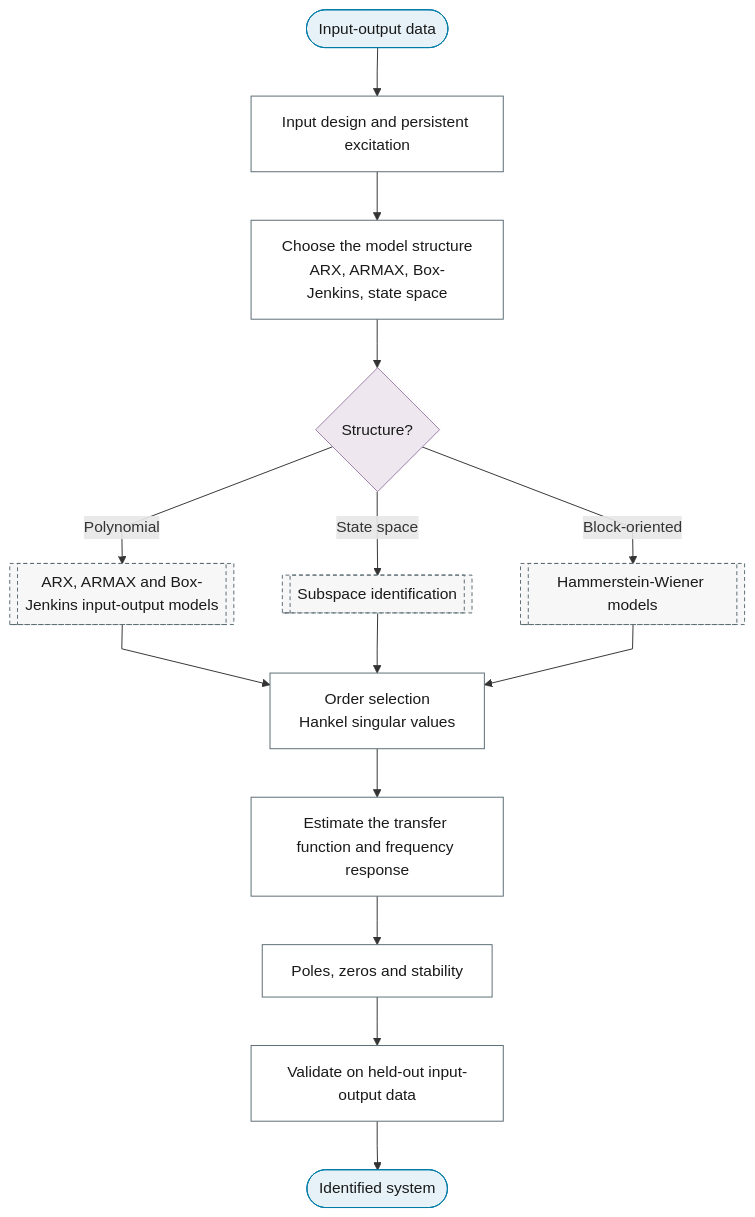
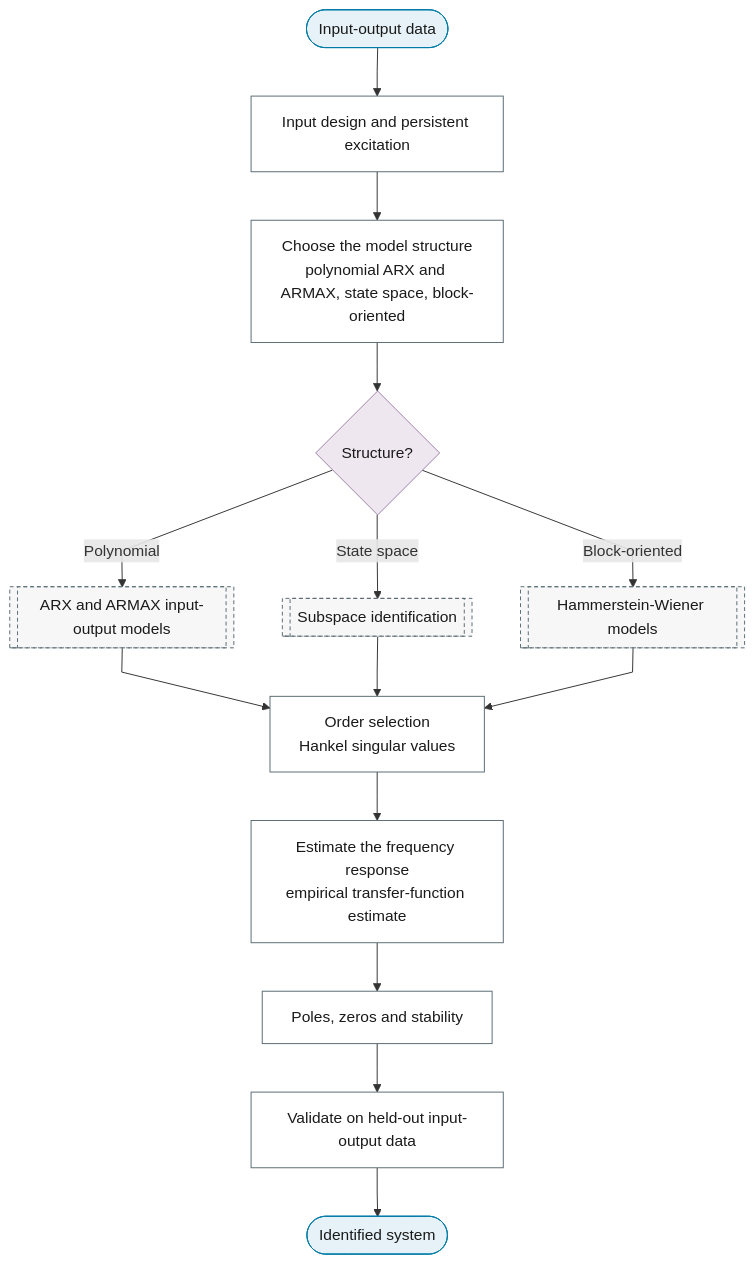
The diagram in docs/01-workflow/p02-purpose/09-system-identification.md (Shuxin-Y/time-series-analysis-manual), drawn with Mermaid before and after one commit. The commit also changed 27 other files, not shown here.

First line of the commit message:
fix(flowchart): one method, one leaf

````diff
--- a/docs/01-workflow/p02-purpose/09-system-identification.md
+++ b/docs/01-workflow/p02-purpose/09-system-identification.md
@@ -7,27 +7,27 @@
 ```mermaid
 %%{init: {"flowchart": {"curve": "linear"}}}%%
 graph TD
     P2_SI_IN(["Input-output data"]) --> P2_SI_EXPERIMENT_DESIGN["Input design and persistent excitation"]
-    P2_SI_EXPERIMENT_DESIGN --> P2_SI_MODEL_STRUCTURE["Choose the model structure<br/>ARX, ARMAX, Box-Jenkins, state space"]
+    P2_SI_EXPERIMENT_DESIGN --> P2_SI_MODEL_STRUCTURE["Choose the model structure<br/>polynomial ARX and ARMAX, state space, block-oriented"]
     P2_SI_MODEL_STRUCTURE --> P2_SI_STRUCTURE_Q{"Structure?"}
-    P2_SI_STRUCTURE_Q -->|"Polynomial"| P6_ARX_ARMAX[["ARX, ARMAX and Box-Jenkins input-output models"]]
+    P2_SI_STRUCTURE_Q -->|"Polynomial"| P6_ARX_ARMAX[["ARX and ARMAX input-output models"]]
     P2_SI_STRUCTURE_Q -->|"State space"| P6_SUBSPACE[["Subspace identification"]]
     P2_SI_STRUCTURE_Q -->|"Block-oriented"| P6_HAMMERSTEIN_WIENER[["Hammerstein-Wiener models"]]
     P6_ARX_ARMAX & P6_SUBSPACE & P6_HAMMERSTEIN_WIENER --> P2_SI_ORDER_SELECTION["Order selection<br/>Hankel singular values"]
-    P2_SI_ORDER_SELECTION --> P2_SI_TRANSFER_FUNCTION["Estimate the transfer function and frequency response"]
+    P2_SI_ORDER_SELECTION --> P2_SI_TRANSFER_FUNCTION["Estimate the frequency response<br/>empirical transfer-function estimate"]
     P2_SI_TRANSFER_FUNCTION --> P2_SI_STABILITY["Poles, zeros and stability"]
     P2_SI_STABILITY --> P2_SI_VALIDATION["Validate on held-out input-output data"]
     P2_SI_VALIDATION --> P2_SI_OUT(["Identified system"])
     class P2_SI_IN,P2_SI_OUT terminator
     class P2_SI_STRUCTURE_Q decision
     class P2_SI_EXPERIMENT_DESIGN,P2_SI_MODEL_STRUCTURE,P2_SI_ORDER_SELECTION,P2_SI_TRANSFER_FUNCTION,P2_SI_STABILITY,P2_SI_VALIDATION process
     class P6_ARX_ARMAX,P6_SUBSPACE,P6_HAMMERSTEIN_WIENER ref
     classDef terminator fill:#E6F2F7,stroke:#007BA7,color:#1A1A1A;
     classDef process fill:#FFFFFF,stroke:#5A6B73,color:#1A1A1A;
     classDef decision fill:#EFE7F0,stroke:#9B7FA7,color:#1A1A1A;
     classDef data fill:#FFF4E0,stroke:#C9A55E,color:#1A1A1A;
     classDef good fill:#DCEFD8,stroke:#4A7A3F,color:#1A1A1A;
     classDef escalate fill:#FFE9C2,stroke:#C9A55E,color:#1A1A1A;
     classDef problem fill:#F2D9DE,stroke:#800020,color:#1A1A1A;
     classDef ref fill:#F7F7F7,stroke:#5A6B73,color:#1A1A1A,stroke-dasharray:4 3;
 ```
````
